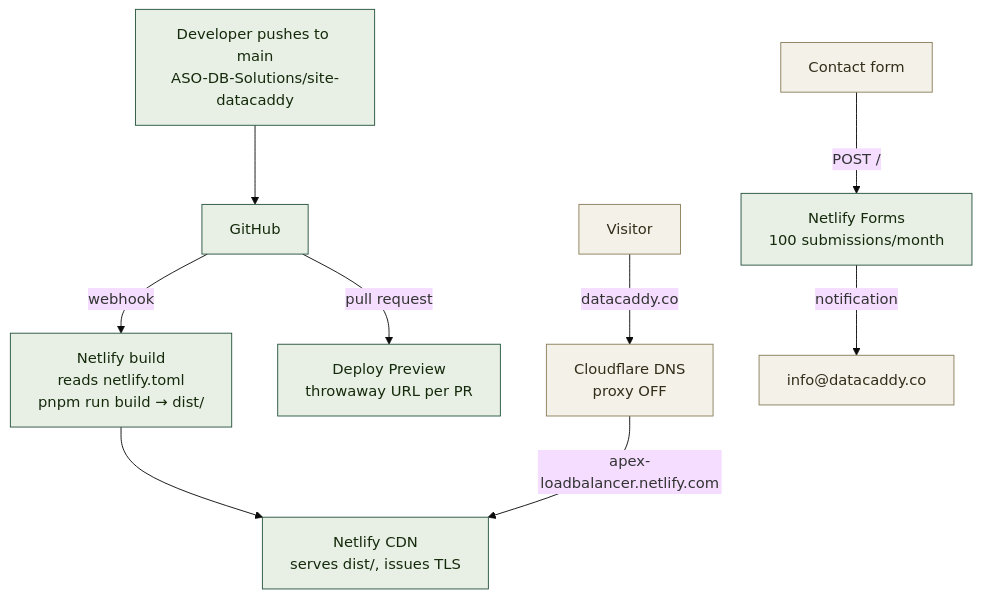
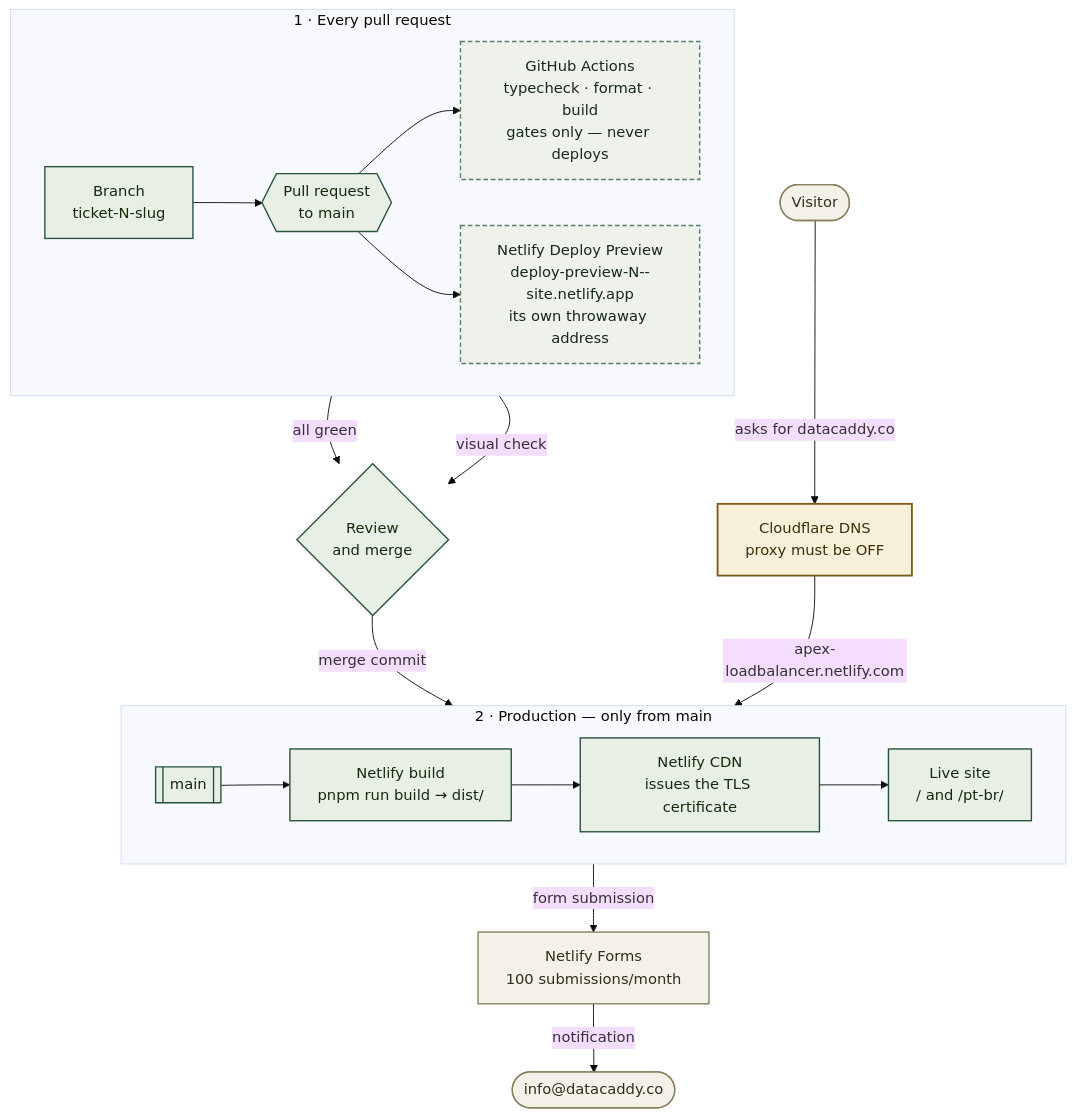
Before and after one commit to ASO-DB-Solutions/site-datacaddy: the diagram in docs/NETLIFY-SETUP.md, drawn with Mermaid (base theme). The commit also changed other lines of this file and 1 other file, not shown here.

````diff
--- a/docs/NETLIFY-SETUP.md
+++ b/docs/NETLIFY-SETUP.md
@@ -11,16 +14,35 @@
 ```mermaid
-flowchart TD
-    DEV["Developer pushes to main<br/>ASO-DB-Solutions/site-datacaddy"] --> GH["GitHub"]
-    GH -->|"webhook"| NB["Netlify build<br/>reads netlify.toml<br/>pnpm run build → dist/"]
-    GH -->|"pull request"| PR["Deploy Preview<br/>throwaway URL per PR"]
-    NB --> CDN["Netlify CDN<br/>serves dist/, issues TLS"]
-    VIS["Visitor"] -->|"datacaddy.co"| DNS["Cloudflare DNS<br/>proxy OFF"]
+flowchart TB
+    subgraph WORK["1 · Every pull request"]
+        direction LR
+        BR["Branch<br/>ticket-N-slug"] --> PR{{"Pull request<br/>to main"}}
+        PR --> CI["GitHub Actions<br/>typecheck · format · build<br/>gates only — never deploys"]
+        PR --> PV["Netlify Deploy Preview<br/>deploy-preview-N--site.netlify.app<br/>its own throwaway address"]
+    end
+
+    CI -->|"all green"| MG{"Review<br/>and merge"}
+    PV -->|"visual check"| MG
+
+    subgraph LIVE["2 · Production — only from main"]
+        direction LR
+        MAIN[["main"]] --> BLD["Netlify build<br/>pnpm run build → dist/"]
+        BLD --> CDN["Netlify CDN<br/>issues the TLS certificate"]
+        CDN --> SITE["Live site<br/>/ and /pt-br/"]
+    end
+
+    MG -->|"merge commit"| MAIN
+
+    VIS(["Visitor"]) -->|"asks for datacaddy.co"| DNS["Cloudflare DNS<br/>proxy must be OFF"]
     DNS -->|"apex-loadbalancer.netlify.com"| CDN
-    FORM["Contact form"] -->|"POST /"| NF["Netlify Forms<br/>100 submissions/month"]
-    NF -->|"notification"| MAIL["info@datacaddy.co"]
+    SITE -->|"form submission"| NF["Netlify Forms<br/>100 submissions/month"]
+    NF -->|"notification"| MAIL(["info@datacaddy.co"])
 
-    classDef ours fill:#e8f0e6,stroke:#26533e,color:#152a0b
-    classDef ext fill:#f4f1e8,stroke:#8a7f5c,color:#332d1a
-    class DEV,GH,NB,PR,CDN,NF ours
-    class DNS,VIS,MAIL,FORM ext
+    classDef ours fill:#e8f0e6,stroke:#26533e,stroke-width:1.5px,color:#152a0b
+    classDef gate fill:#eef2ea,stroke:#537c69,stroke-width:1.5px,color:#16281f,stroke-dasharray:5 3
+    classDef ext fill:#f4f1e8,stroke:#8a7f5c,stroke-width:1.5px,color:#332d1a
+    classDef warn fill:#f6efd9,stroke:#7a5c16,stroke-width:2px,color:#3d2f0a
+    class BR,PR,MG,MAIN,BLD,CDN,SITE ours
+    class CI,PV gate
+    class VIS,NF,MAIL ext
+    class DNS warn
 ```
````
